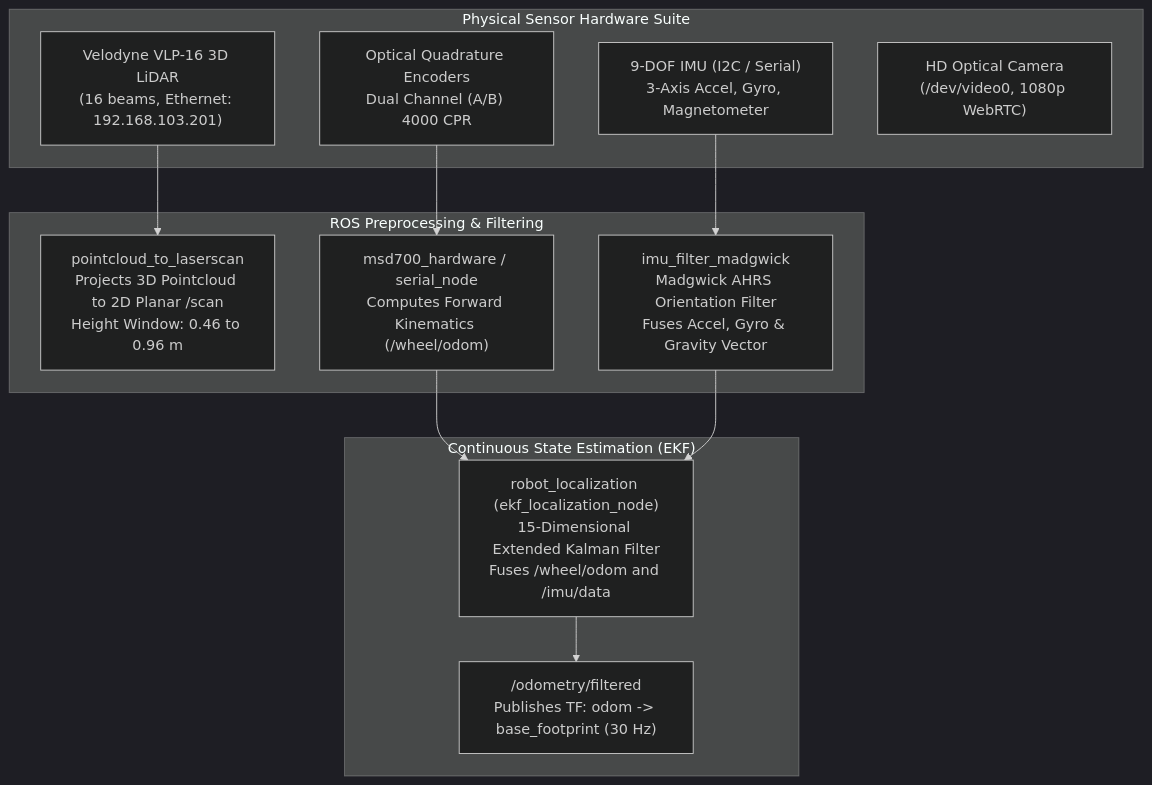
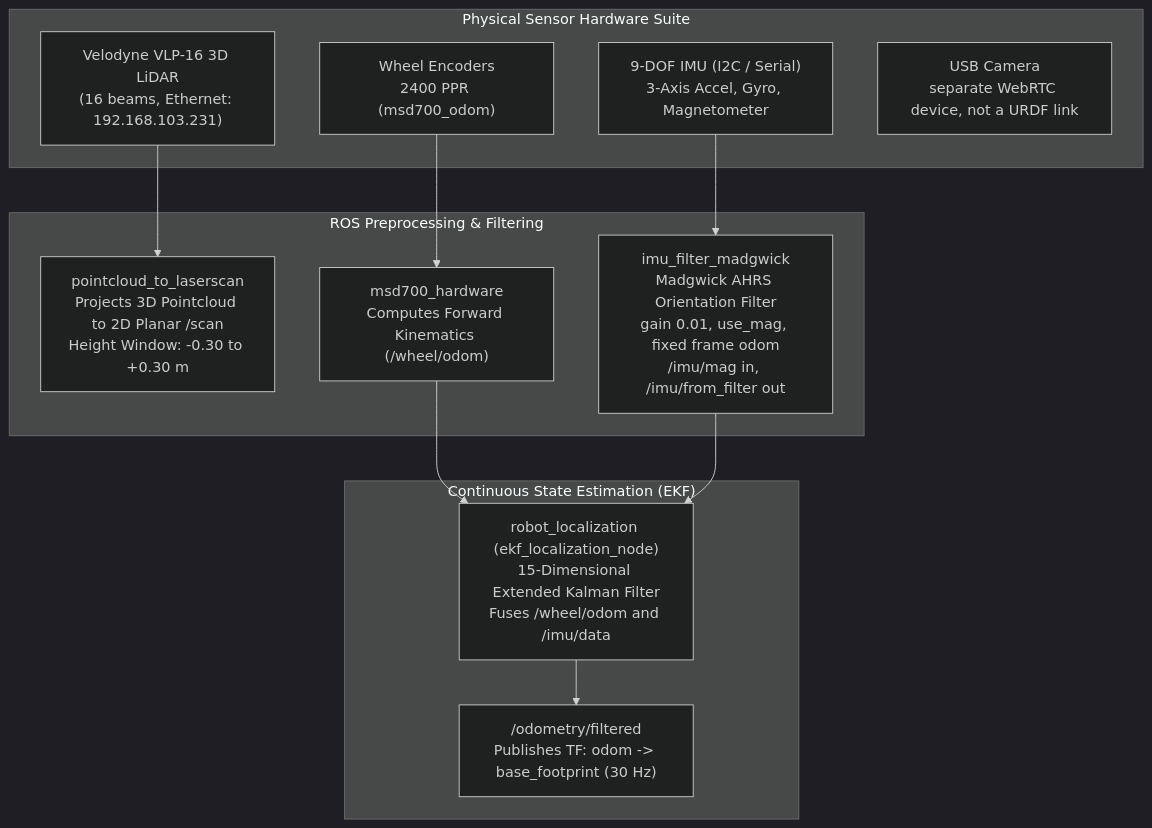
Before and after one commit to itbdelaboprogramming/msd700_documentation: the first of 2 diagrams in docs/development/ros/sensor-fusion-and-control.md, drawn with Mermaid (dark theme). The commit also changed other lines of this file and 110 other files, not shown here.

````diff
--- a/docs/development/ros/sensor-fusion-and-control.md
+++ b/docs/development/ros/sensor-fusion-and-control.md
@@ -14,28 +14,28 @@
 ```mermaid
 flowchart TD
   subgraph RawSensors["Physical Sensor Hardware Suite"]
-    VLP16["Velodyne VLP-16 3D LiDAR<br/>(16 beams, Ethernet: 192.168.103.201)"]
+    VLP16["Velodyne VLP-16 3D LiDAR<br/>(16 beams, Ethernet: 192.168.103.231)"]
     IMU_HW["9-DOF IMU (I2C / Serial)<br/>3-Axis Accel, Gyro, Magnetometer"]
-    ENCODERS["Optical Quadrature Encoders<br/>Dual Channel (A/B) 4000 CPR"]
-    CAM["HD Optical Camera<br/>(/dev/video0, 1080p WebRTC)"]
+    ENCODERS["Wheel Encoders<br/>2400 PPR (msd700_odom)"]
+    CAM["USB Camera<br/>separate WebRTC device, not a URDF link"]
   end
 
   subgraph Preprocessing["ROS Preprocessing & Filtering"]
-    PCL2SCAN["pointcloud_to_laserscan<br/>Projects 3D Pointcloud to 2D Planar /scan<br/>Height Window: 0.46 to 0.96 m"]
-    IMU_FILT["imu_filter_madgwick<br/>Madgwick AHRS Orientation Filter<br/>Fuses Accel, Gyro & Gravity Vector"]
-    WHEEL_ODOM["msd700_hardware / serial_node<br/>Computes Forward Kinematics (/wheel/odom)"]
+    PCL2SCAN["pointcloud_to_laserscan<br/>Projects 3D Pointcloud to 2D Planar /scan<br/>Height Window: -0.30 to +0.30 m"]
+    IMU_FILT["imu_filter_madgwick<br/>Madgwick AHRS Orientation Filter<br/>gain 0.01, use_mag, fixed frame odom<br/>/imu/mag in, /imu/from_filter out"]
+    WHEEL_ODOM["msd700_hardware<br/>Computes Forward Kinematics (/wheel/odom)"]
   end
 
   subgraph StateEstimation["Continuous State Estimation (EKF)"]
     EKF["robot_localization (ekf_localization_node)<br/>15-Dimensional Extended Kalman Filter<br/>Fuses /wheel/odom and /imu/data"]
     ODOM_FILT["/odometry/filtered<br/>Publishes TF: odom -> base_footprint (30 Hz)"]
   end
 
   VLP16 --> PCL2SCAN
   IMU_HW --> IMU_FILT
   ENCODERS --> WHEEL_ODOM
 
   WHEEL_ODOM --> EKF
   IMU_FILT --> EKF
   EKF --> ODOM_FILT
 ```
````
